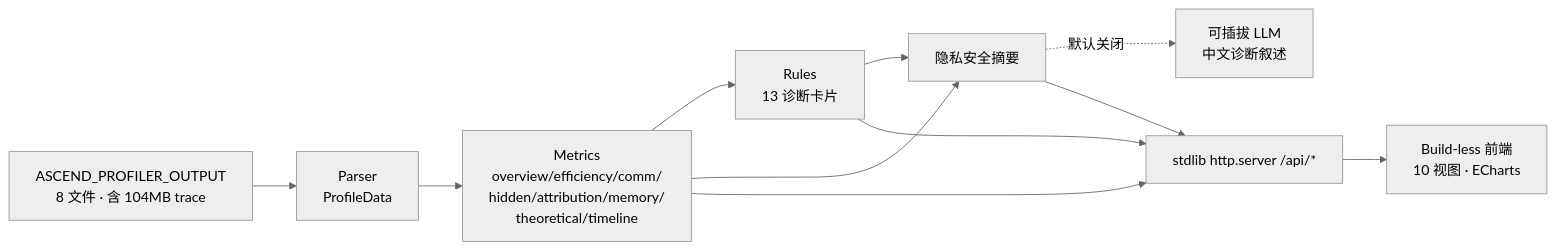
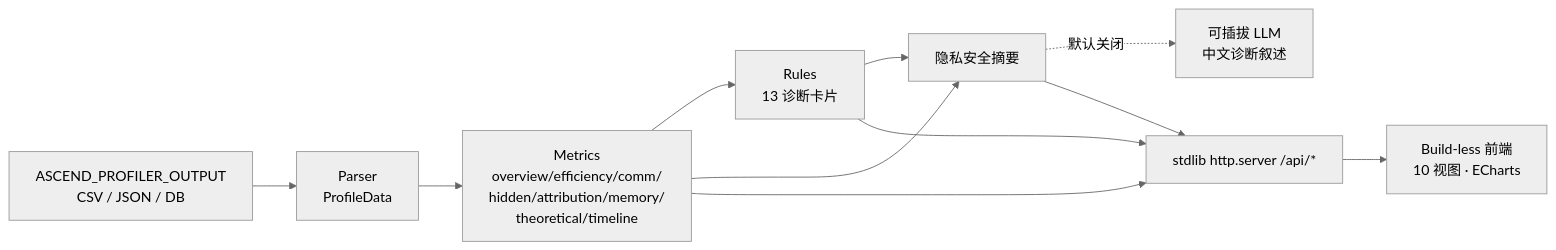
The diagram in doc/README.md (ai-v5/LLMInsight), drawn with Mermaid (neutral theme) before and after one commit. The commit also changed other lines of this file and 29 other files, not shown here.

````diff
--- a/doc/README.md
+++ b/doc/README.md
@@ -23,13 +23,13 @@
 ```mermaid
 flowchart LR
-  A[ASCEND_PROFILER_OUTPUT<br/>8 文件 · 含 104MB trace] --> B[Parser<br/>ProfileData]
+  A[ASCEND_PROFILER_OUTPUT<br/>CSV / JSON / DB] --> B[Parser<br/>ProfileData]
   B --> C[Metrics<br/>overview/efficiency/comm/<br/>hidden/attribution/memory/<br/>theoretical/timeline]
   C --> D[Rules<br/>13 诊断卡片]
   C --> E[隐私安全摘要]
   D --> E
   E -. 默认关闭 .-> F[可插拔 LLM<br/>中文诊断叙述]
   C --> G[stdlib http.server /api/*]
   D --> G
   E --> G
   G --> H[Build-less 前端<br/>10 视图 · ECharts]
 ```
````
